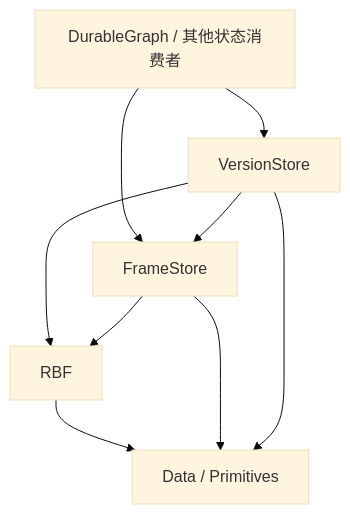
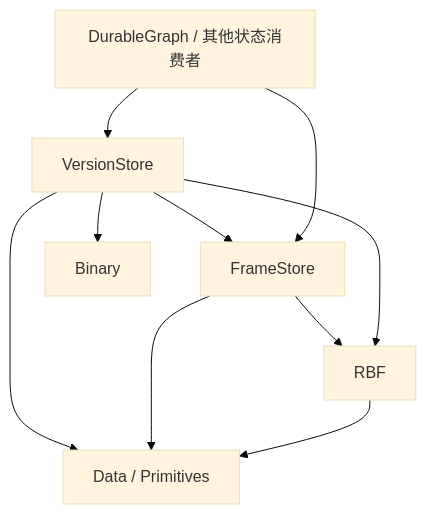
The diagram in docs/FrameStore-VersionStore/00-architecture-decisions.md (Atelia-org/atelia-storage), drawn with Mermaid (base theme) before and after one commit. The commit also changed other lines of this file and 10 other files, not shown here.

````diff
--- a/docs/FrameStore-VersionStore/00-architecture-decisions.md
+++ b/docs/FrameStore-VersionStore/00-architecture-decisions.md
@@ -157,11 +157,12 @@
 ```mermaid
 flowchart TD
     App["DurableGraph / 其他状态消费者"] --> V["VersionStore"]
     App --> F["FrameStore"]
     V --> F
     V --> R
+    V --> B["Binary"]
     F --> R["RBF"]
     R --> D["Data / Primitives"]
     F --> D
     V --> D
 ```
````
